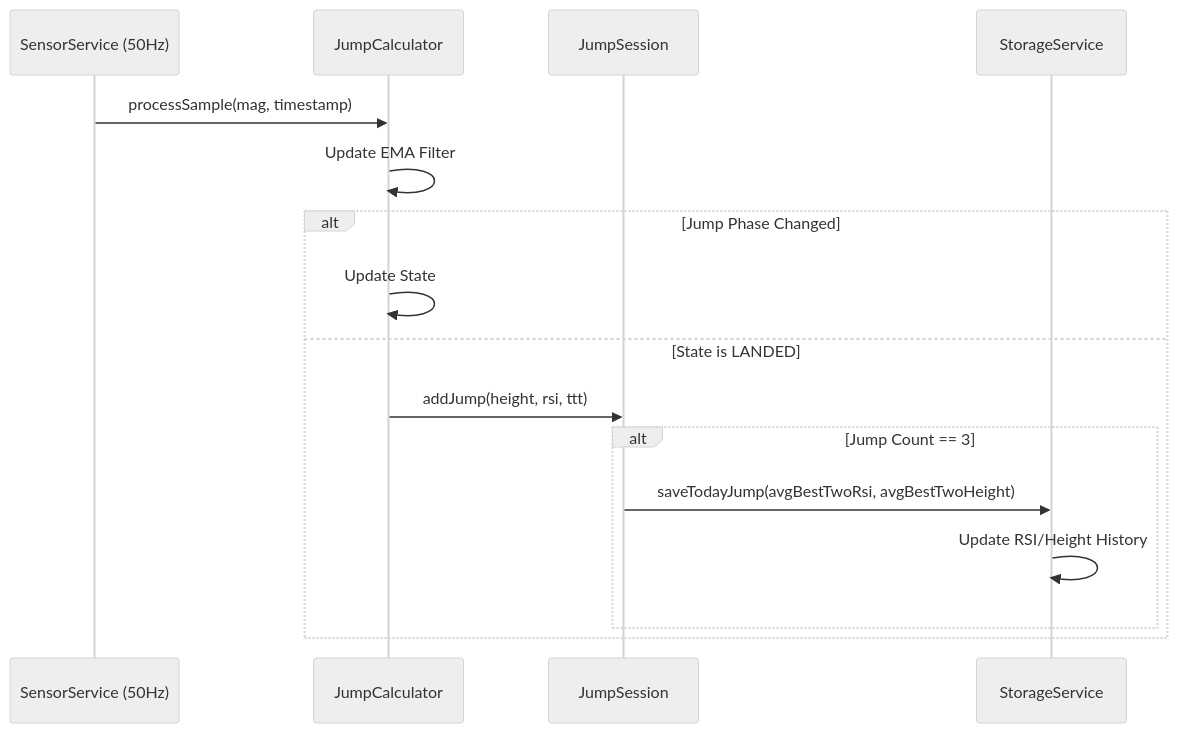
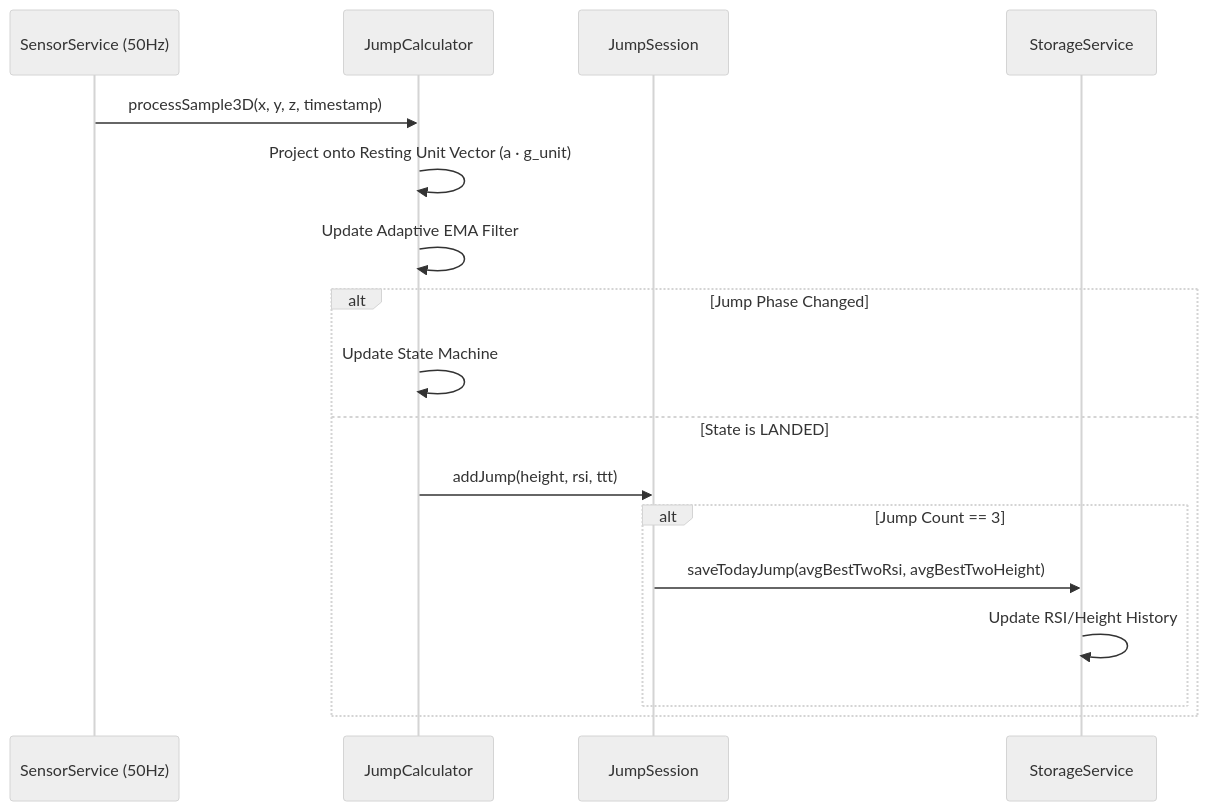
Before and after one commit to Tobitopia/JumpRSI: the second of 3 diagrams in ARCHITECTURE.md, drawn with Mermaid (neutral theme). The commit also changed other lines of this file and 9 other files, not shown here.

````diff
--- a/ARCHITECTURE.md
+++ b/ARCHITECTURE.md
@@ -36,19 +43,20 @@
 ```mermaid
 sequenceDiagram
     participant S as SensorService (50Hz)
     participant C as JumpCalculator
     participant JS as JumpSession
     participant SS as StorageService
     
-    S->>C: processSample(mag, timestamp)
-    C->>C: Update EMA Filter
+    S->>C: processSample3D(x, y, z, timestamp)
+    C->>C: Project onto Resting Unit Vector (a · g_unit)
+    C->>C: Update Adaptive EMA Filter
     alt Jump Phase Changed
-        C->>C: Update State
+        C->>C: Update State Machine
     else State is LANDED
         C->>JS: addJump(height, rsi, ttt)
         alt Jump Count == 3
             JS->>SS: saveTodayJump(avgBestTwoRsi, avgBestTwoHeight)
             SS->>SS: Update RSI/Height History
         end
     end
 ```
````
